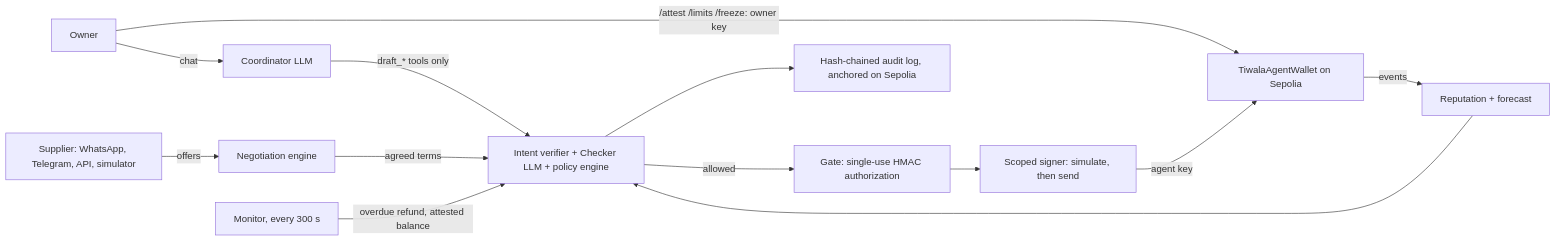
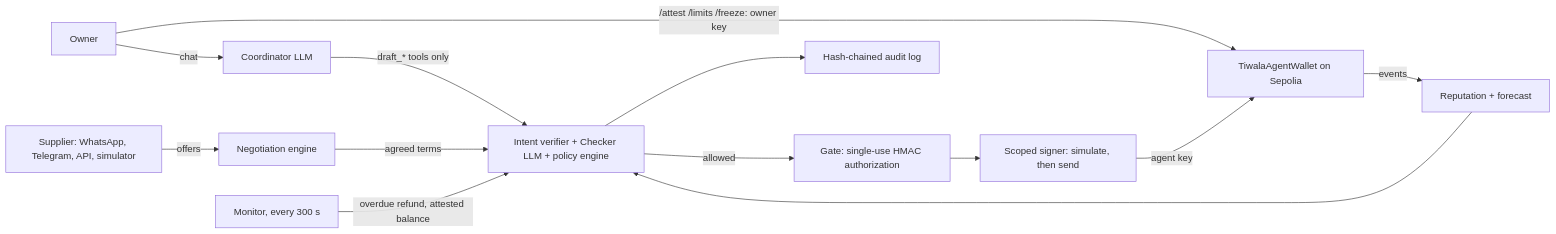
The first of 2 diagrams in docs/submission/1-technical-documentation.md (shaan8/TR8DE), drawn with Mermaid before and after one commit. The commit also changed other lines of this file and 18 other files, not shown here.

````diff
--- a/docs/submission/1-technical-documentation.md
+++ b/docs/submission/1-technical-documentation.md
@@ -28,15 +29,15 @@
 ```mermaid
 flowchart LR
   O[Owner] -->|chat| C[Coordinator LLM]
   O -->|"/attest /limits /freeze: owner key"| W
   S[Supplier: WhatsApp, Telegram, API, simulator] -->|offers| N[Negotiation engine]
   C -->|draft_* tools only| V
   N -->|agreed terms| V
   M[Monitor, every 300 s] -->|overdue refund, attested balance| V
   V[Intent verifier + Checker LLM + policy engine] -->|allowed| G[Gate: single-use HMAC authorization]
   G --> X[Scoped signer: simulate, then send]
   X -->|agent key| W[TiwalaAgentWallet on Sepolia]
   W -->|events| R[Reputation + forecast]
   R --> V
-  V --> A[Hash-chained audit log, anchored on Sepolia]
+  V --> A[Hash-chained audit log]
 ```
````
